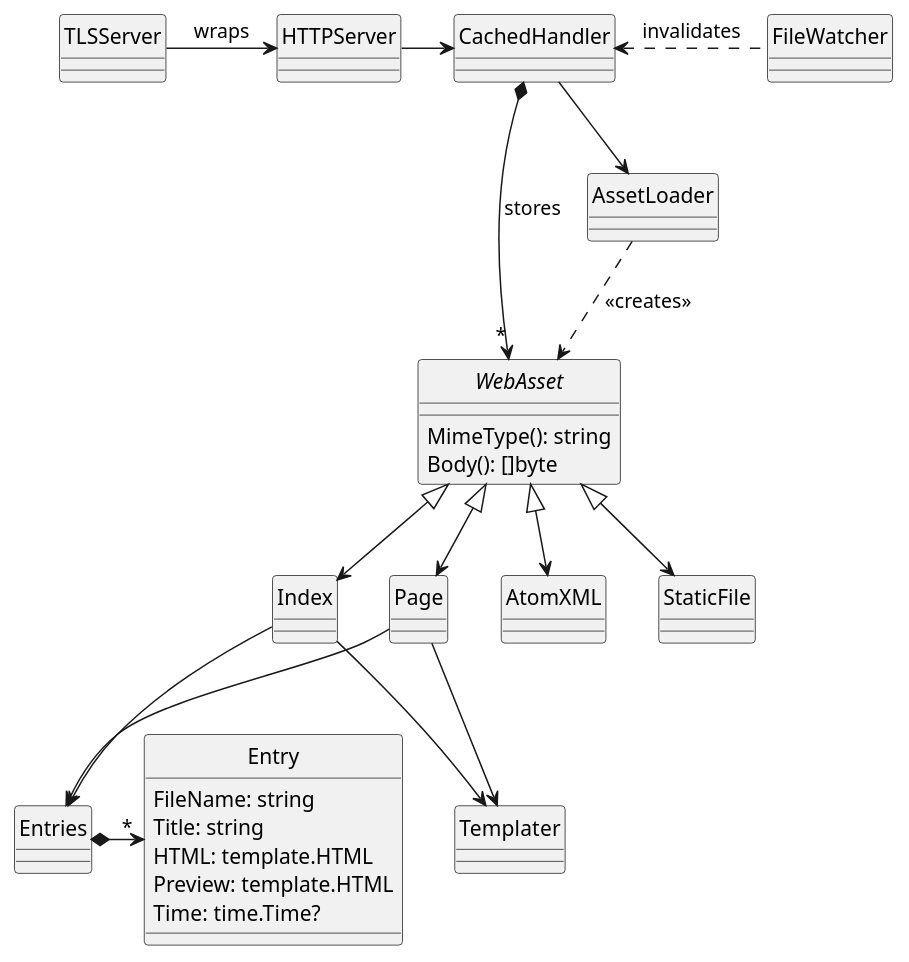
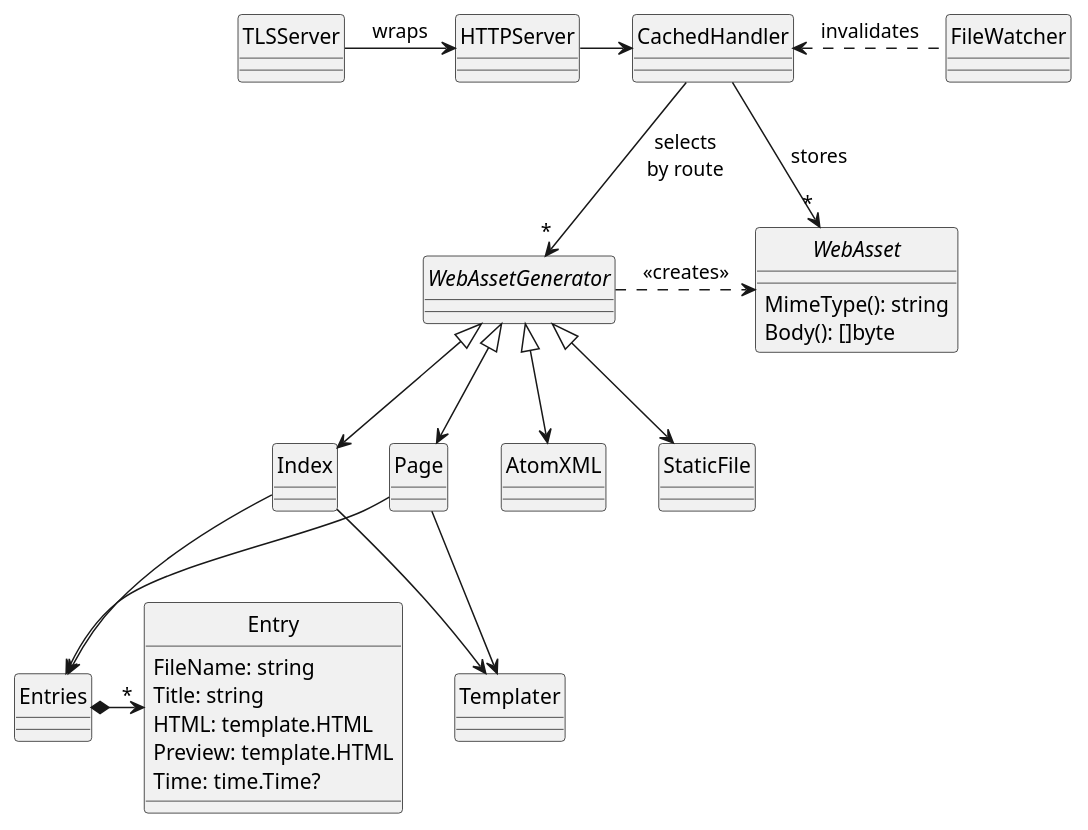
One commit to mariomac/goblog changed the diagram in docs/arch_v2.puml. Above: the diagram before and after it, drawn with PlantUML. The commit also changed 11 other files, not shown here.

Commit message:
started (untested, uncached) cached file handler

```diff
--- a/docs/arch_v2.puml
+++ b/docs/arch_v2.puml
@@ -1,37 +1,40 @@
 @startuml
 hide circle
 
 class Entry {
     FileName: string
     Title: string
     HTML: template.HTML
     Preview: template.HTML
     Time: time.Time?
 }
 
 interface WebAsset {
     MimeType(): string
     Body(): []byte
 }
 
+interface WebAssetGenerator {
+}
+
 TLSServer -> HTTPServer: wraps
 HTTPServer -> CachedHandler
-CachedHandler *--> "*" WebAsset: stores
-CachedHandler --> AssetLoader
-AssetLoader ..> WebAsset: <<creates>>
-WebAsset <|--> Index
-WebAsset <|--> Page
-WebAsset <|--> AtomXML
-WebAsset <|--> StaticFile
+WebAssetGenerator .> WebAsset: <<creates>>
+CachedHandler --> "*" WebAssetGenerator: "selects\nby route"
+CachedHandler --> "*" WebAsset: stores
+WebAssetGenerator <|--> Index
+WebAssetGenerator <|--> Page
+WebAssetGenerator <|--> AtomXML
+WebAssetGenerator <|--> StaticFile
 
 Index --> Templater
 Page --> Templater
 
 Index --> Entries
 Page --> Entries
 
 Entries *-> "*" Entry
 
 CachedHandler <. FileWatcher: invalidates
 
 @enduml
```
